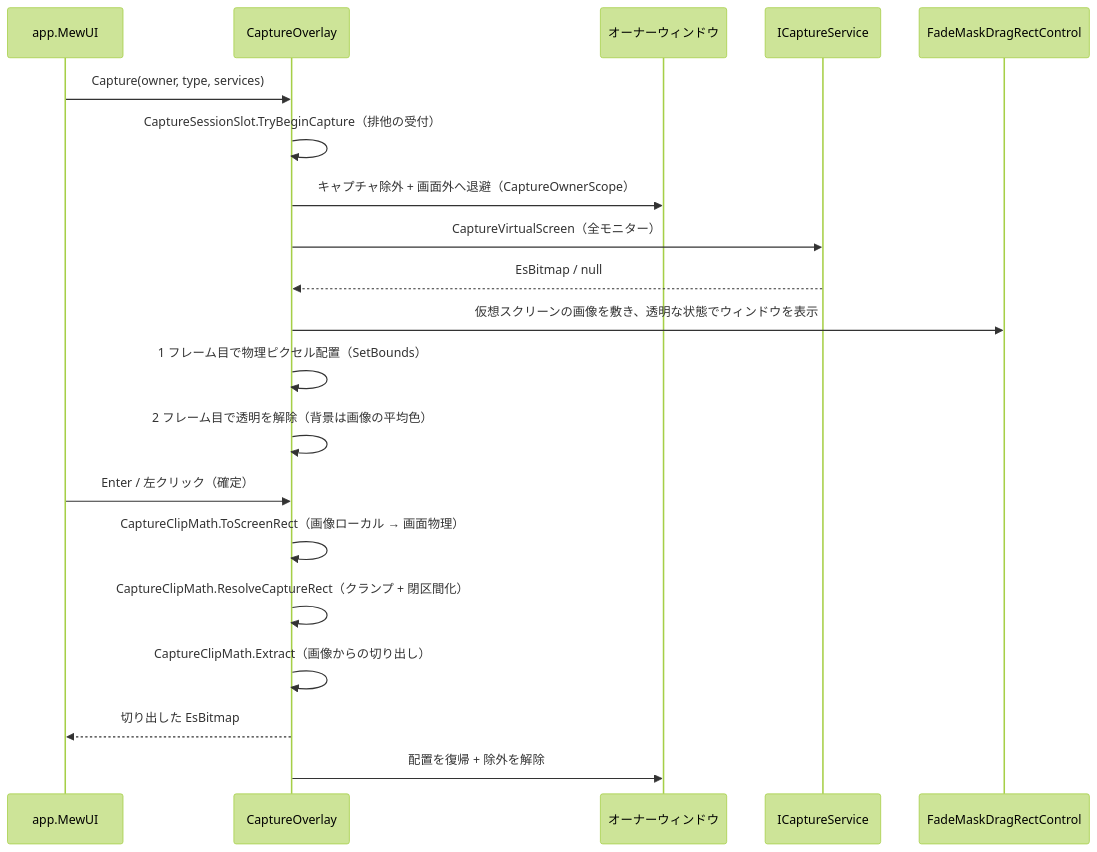
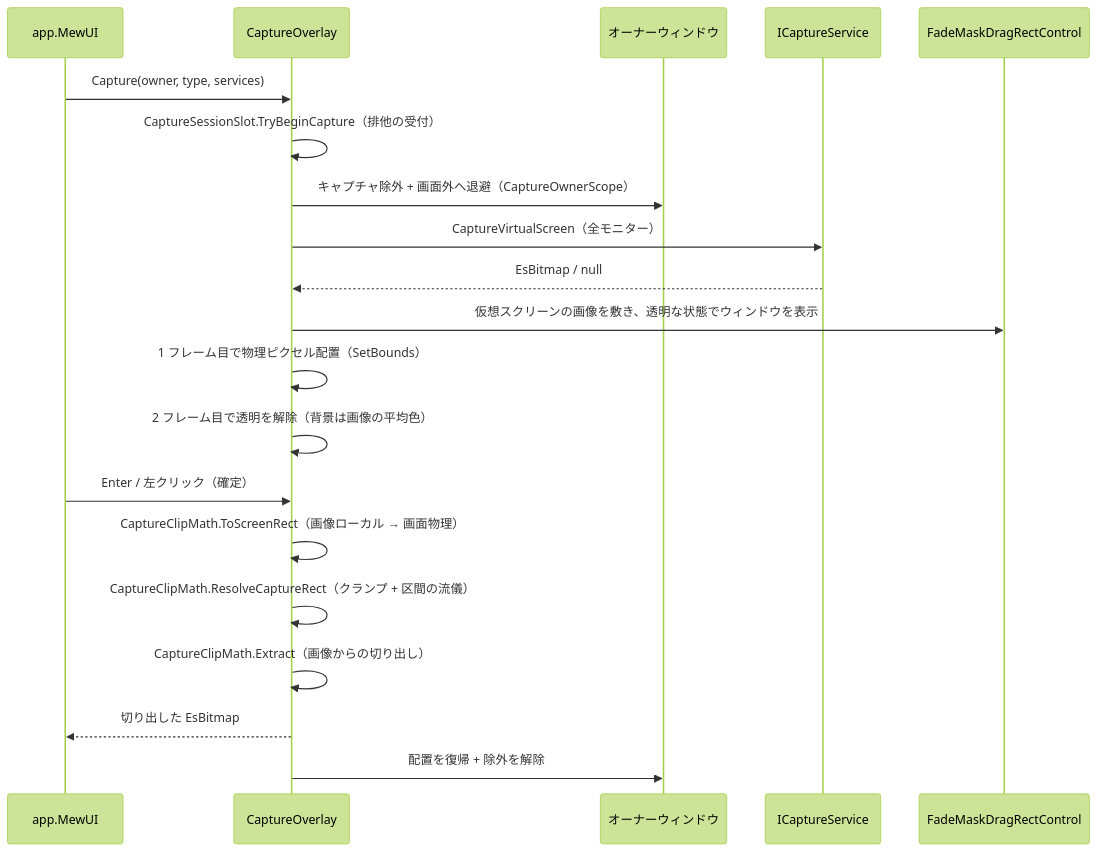
One commit to tomokuni/SaveEvidence changed the second of 2 diagrams in src/CaptureSessionControl.MewUI/SPEC_System.md. Above: the diagram before and after it, drawn with Mermaid (forest theme). The commit also changed 13 other files, not shown here.

````diff
--- a/src/CaptureSessionControl.MewUI/SPEC_System.md
+++ b/src/CaptureSessionControl.MewUI/SPEC_System.md
@@ -122,23 +122,23 @@
 ```mermaid
 sequenceDiagram
     participant App as app.MewUI
     participant OW as CaptureOverlay
     participant OS as オーナーウィンドウ
     participant CS as ICaptureService
     participant UI as FadeMaskDragRectControl
 
     App->>OW: Capture(owner, type, services)
     OW->>OW: CaptureSessionSlot.TryBeginCapture（排他の受付）
     OW->>OS: キャプチャ除外 + 画面外へ退避（CaptureOwnerScope）
     OW->>CS: CaptureVirtualScreen（全モニター）
     CS-->>OW: EsBitmap / null
     OW->>UI: 仮想スクリーンの画像を敷き、透明な状態でウィンドウを表示
     OW->>OW: 1 フレーム目で物理ピクセル配置（SetBounds）
     OW->>OW: 2 フレーム目で透明を解除（背景は画像の平均色）
     App->>OW: Enter / 左クリック（確定）
     OW->>OW: CaptureClipMath.ToScreenRect（画像ローカル → 画面物理）
-    OW->>OW: CaptureClipMath.ResolveCaptureRect（クランプ + 閉区間化）
+    OW->>OW: CaptureClipMath.ResolveCaptureRect（クランプ + 区間の流儀）
     OW->>OW: CaptureClipMath.Extract（画像からの切り出し）
     OW-->>App: 切り出した EsBitmap
     OW->>OS: 配置を復帰 + 除外を解除
 ```
````
